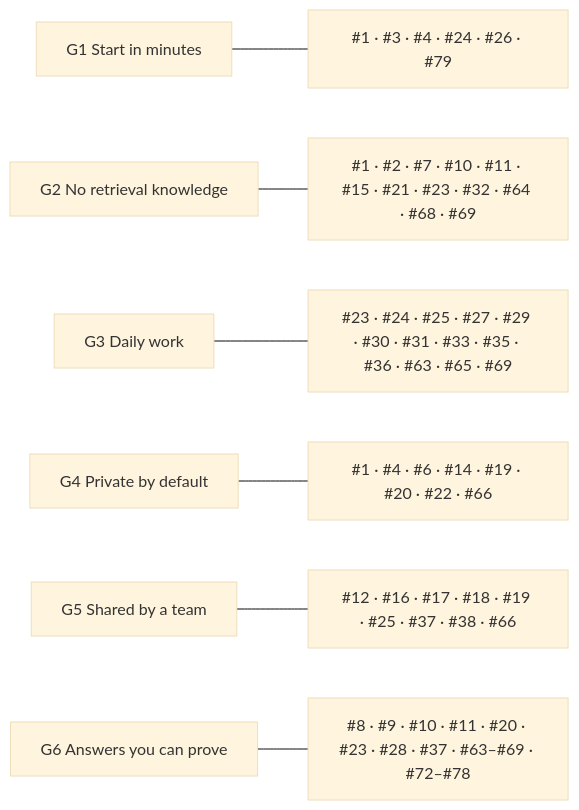
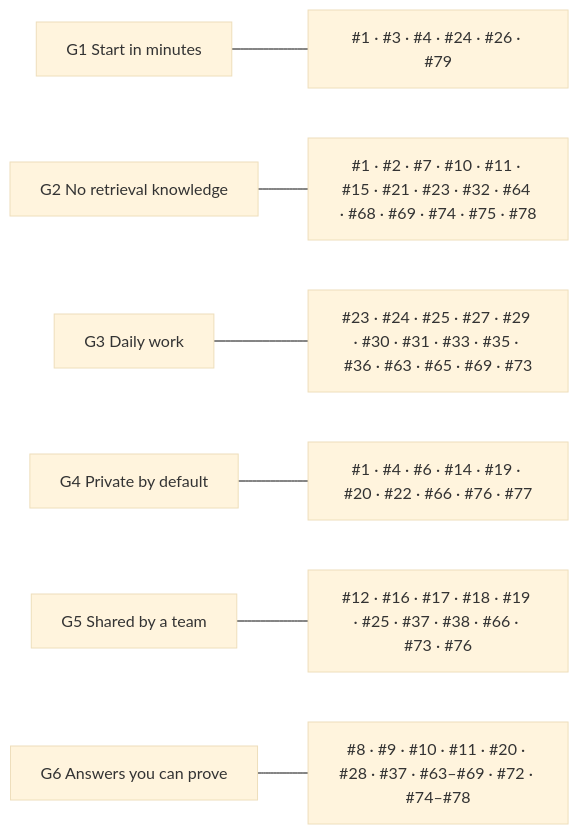
One commit to boudou/StrataKB changed the first of 3 diagrams in docs/IMPROVEMENTS.md. Above: the diagram before and after it, drawn with Mermaid (base theme). The commit also changed other lines of this file and 122 other files, not shown here.

````diff
--- a/docs/IMPROVEMENTS.md
+++ b/docs/IMPROVEMENTS.md
@@ -22,9 +22,9 @@
 ```mermaid
 flowchart LR
     G1["G1 Start in minutes"] --- i1["#1 · #3 · #4 · #24 · #26 · #79"]
-    G2["G2 No retrieval knowledge"] --- i2["#1 · #2 · #7 · #10 · #11 · #15 · #21 · #23 · #32 · #64 · #68 · #69"]
-    G3["G3 Daily work"] --- i3["#23 · #24 · #25 · #27 · #29 · #30 · #31 · #33 · #35 · #36 · #63 · #65 · #69"]
-    G4["G4 Private by default"] --- i4["#1 · #4 · #6 · #14 · #19 · #20 · #22 · #66"]
-    G5["G5 Shared by a team"] --- i5["#12 · #16 · #17 · #18 · #19 · #25 · #37 · #38 · #66"]
-    G6["G6 Answers you can prove"] --- i6["#8 · #9 · #10 · #11 · #20 · #23 · #28 · #37 · #63–#69 · #72–#78"]
+    G2["G2 No retrieval knowledge"] --- i2["#1 · #2 · #7 · #10 · #11 · #15 · #21 · #23 · #32 · #64 · #68 · #69 · #74 · #75 · #78"]
+    G3["G3 Daily work"] --- i3["#23 · #24 · #25 · #27 · #29 · #30 · #31 · #33 · #35 · #36 · #63 · #65 · #69 · #73"]
+    G4["G4 Private by default"] --- i4["#1 · #4 · #6 · #14 · #19 · #20 · #22 · #66 · #76 · #77"]
+    G5["G5 Shared by a team"] --- i5["#12 · #16 · #17 · #18 · #19 · #25 · #37 · #38 · #66 · #73 · #76"]
+    G6["G6 Answers you can prove"] --- i6["#8 · #9 · #10 · #11 · #20 · #28 · #37 · #63–#69 · #72 · #74–#78"]
 ```
````
